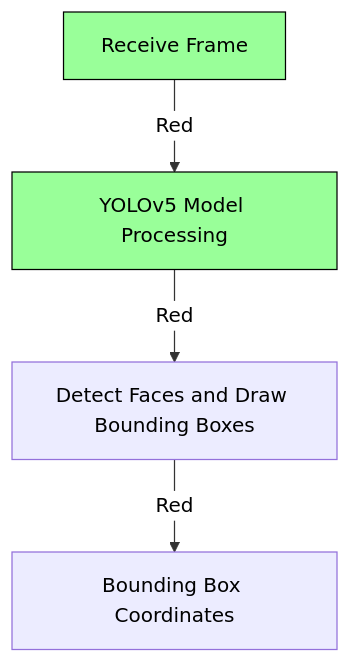
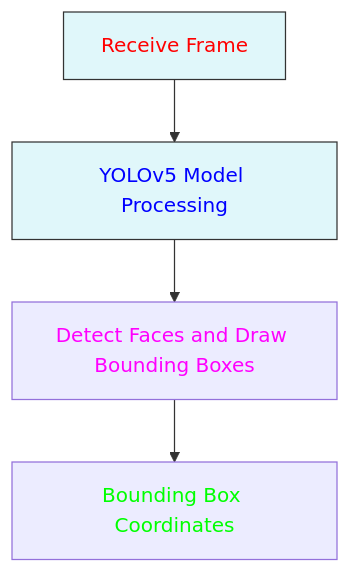
The second of 6 diagrams in README.md (Tharun-selladurai/face_liveliness_web_platform), drawn with Mermaid before and after one commit. The commit also changed other lines of this file, not shown here.

````diff
--- a/README.md
+++ b/README.md
@@ -74,10 +72,10 @@
 ```mermaid
-%%{init: { "theme": "default", "themeVariables": { "edgeLabelBackground": "#ffffff", "tertiaryColor": "#ffffff", "primaryColor": "#99ff99", "edgeColor": "#ff0000", "textColor": "#000000" }}}%%
+%%{init: { "theme": "default", "themeVariables": { "edgeLabelBackground": "#ffffff", "tertiaryColor": "#ffffff", "primaryColor": "#e0f7fa", "edgeColor": "#ff0000", "textColor": "#000000" }}}%%
 graph TD;
-    A[Receive Frame] -->|Red| B[YOLOv5 Model Processing]
-    B -->|Red| C[Detect Faces and Draw Bounding Boxes]
-    C -->|Red| D[Bounding Box Coordinates]
+    A[<font color="#ff0000">Receive Frame</font>] --> B[<font color="#0000ff">YOLOv5 Model Processing</font>]
+    B --> C[<font color="#ff00ff">Detect Faces and Draw Bounding Boxes</font>]
+    C --> D[<font color="#00ff00">Bounding Box Coordinates</font>]
     
-    classDef detect fill:#99ff99,stroke:#000000,color:#000000;
+    classDef detect fill:#e0f7fa,stroke:#333,color:#000000;
     class A,B detect;
 ```
````
